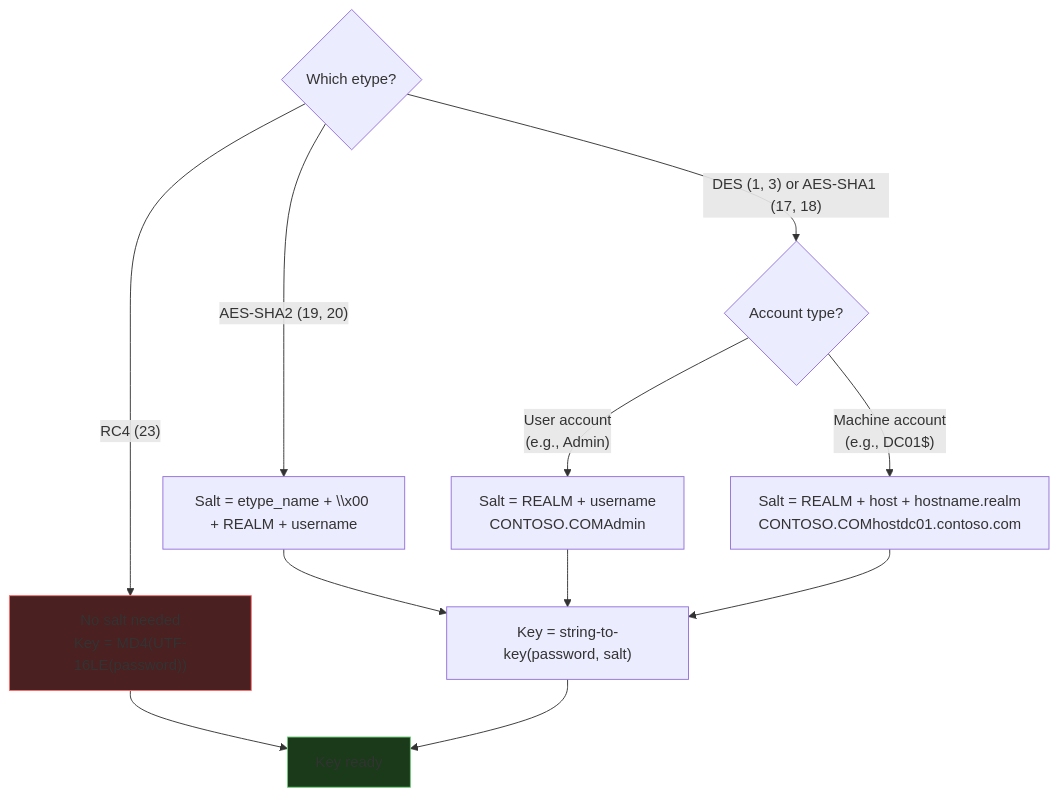
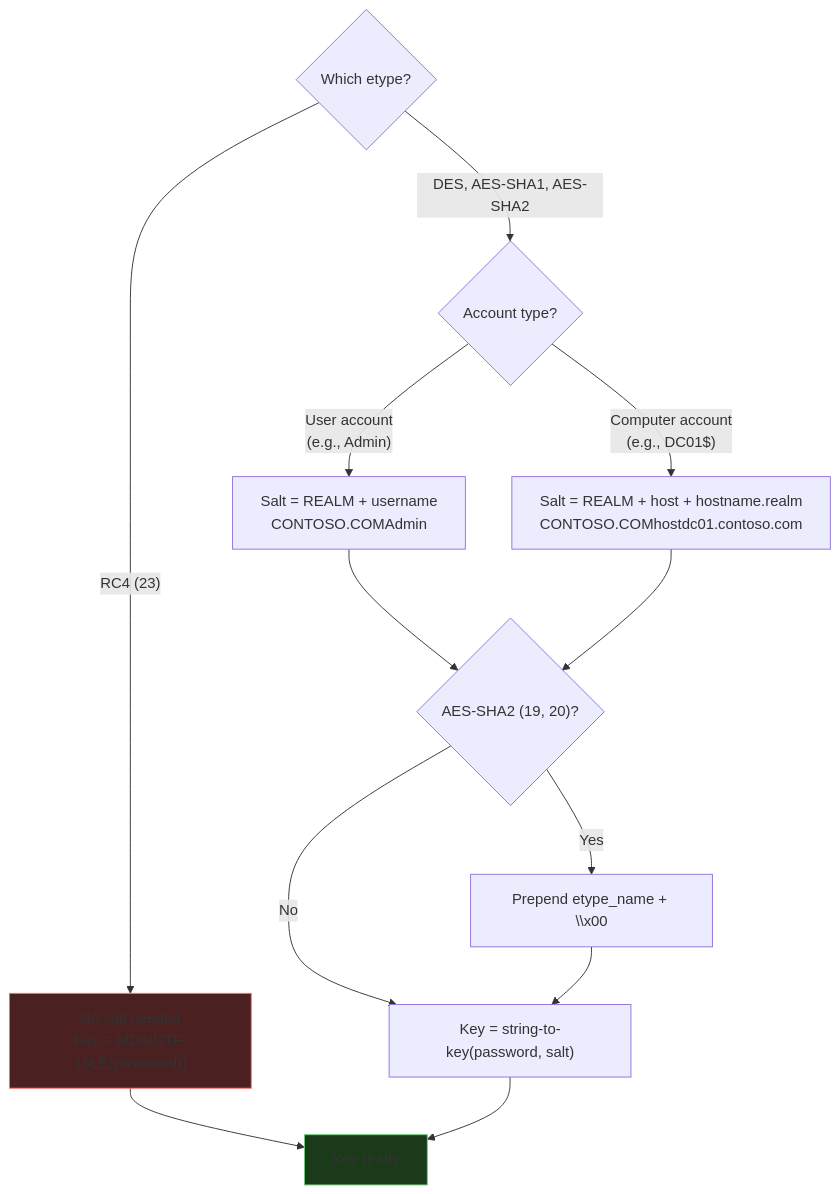
The second of 4 diagrams in docs/guide/encryption-types.md (StrongWind1/KerbWolf), drawn with Mermaid before and after one commit. The commit also changed other lines of this file and 13 other files, not shown here.

````diff
--- a/docs/guide/encryption-types.md
+++ b/docs/guide/encryption-types.md
@@ -130,17 +133,18 @@
 ```mermaid
 flowchart TD
     A{Which etype?} -->|"RC4 (23)"| B["No salt needed<br/>Key = MD4(UTF-16LE(password))"]
-    A -->|"DES (1, 3) or AES-SHA1 (17, 18)"| C{Account type?}
-    A -->|"AES-SHA2 (19, 20)"| S["Salt = etype_name + \\x00 + REALM + username"]
-    S --> F
+    A -->|"DES, AES-SHA1, AES-SHA2"| C{Account type?}
 
     C -->|"User account<br/>(e.g., Admin)"| D["Salt = REALM + username<br/>CONTOSO.COMAdmin"]
-    C -->|"Machine account<br/>(e.g., DC01$)"| E["Salt = REALM + host + hostname.realm<br/>CONTOSO.COMhostdc01.contoso.com"]
+    C -->|"Computer account<br/>(e.g., DC01$)"| E["Salt = REALM + host + hostname.realm<br/>CONTOSO.COMhostdc01.contoso.com"]
 
-    D & E --> F["Key = string-to-key(password, salt)"]
+    D & E --> S{"AES-SHA2 (19, 20)?"}
+    S -->|Yes| S2["Prepend etype_name + \\x00"]
+    S -->|No| F
+    S2 --> F["Key = string-to-key(password, salt)"]
     B --> G["Key ready"]
     F --> G
 
     style B fill:#4a2020,stroke:#ff6b6b
     style G fill:#1a3a1a,stroke:#6bcb77
 ```
````
